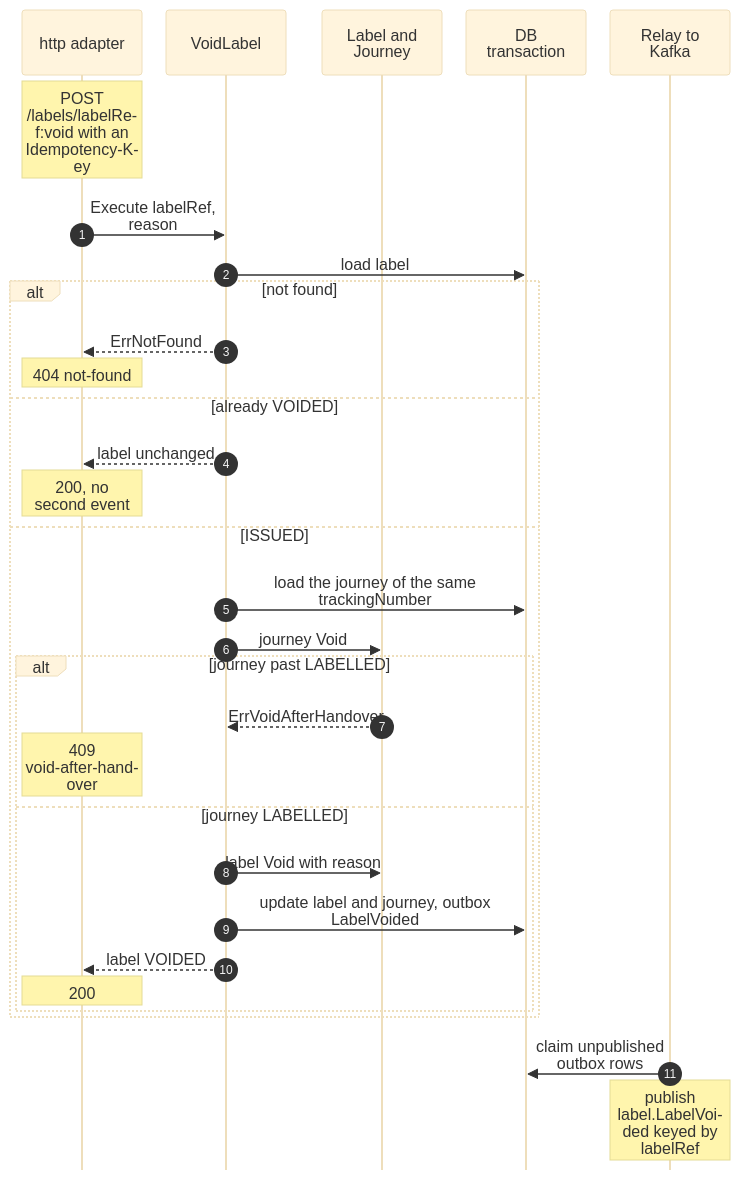
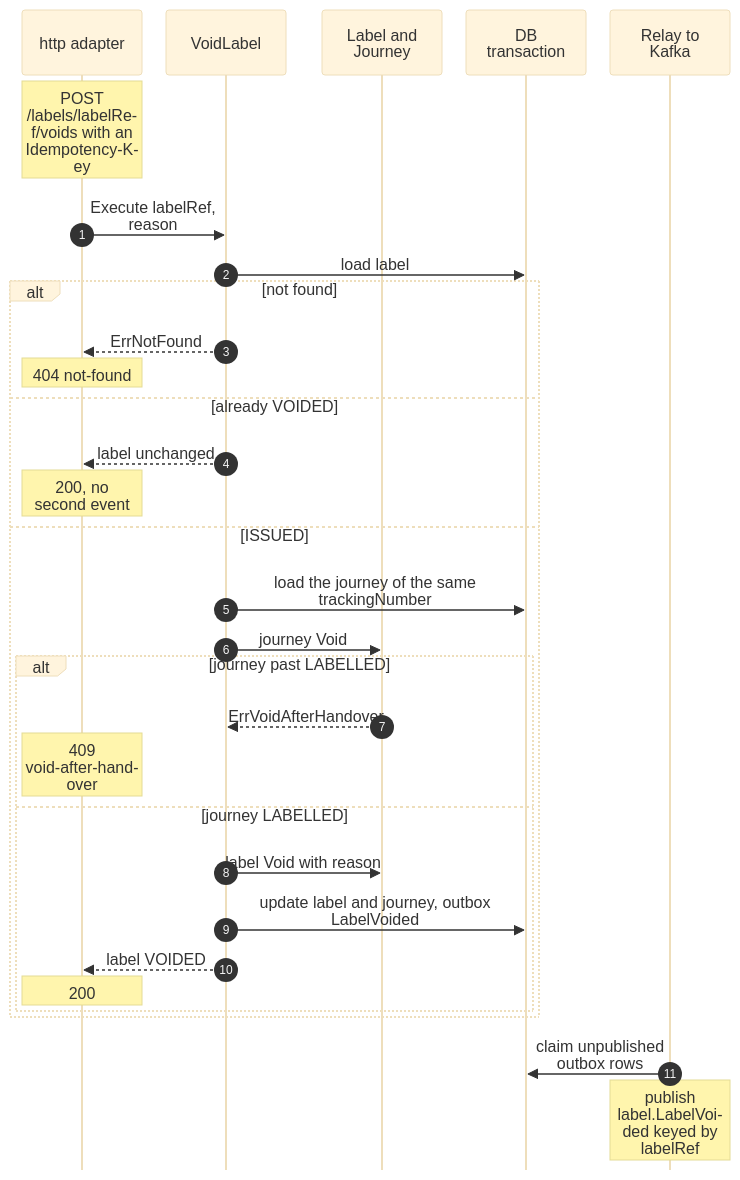
The second of 6 diagrams in docs/docs/ddd/sequence-diagrams.md (IQVO/shipping-and-tracking), drawn with Mermaid (base theme) before and after one commit. The commit also changed 23 other files, not shown here.

Commit message:
docs: ADR 0010 fleet REST guideline, noun void route, 409 key reuse, regenerated REST reference

````diff
--- a/docs/docs/ddd/sequence-diagrams.md
+++ b/docs/docs/ddd/sequence-diagrams.md
@@ -68,34 +68,34 @@
 ```mermaid
 %%{init: {"sequence": {"wrap": true, "width": 120, "actorMargin": 24, "messageMargin": 28, "boxMargin": 6, "noteMargin": 6, "mirrorActors": false}}}%%
 sequenceDiagram
     autonumber
     participant H as http adapter
     participant UC as VoidLabel
     participant A as Label and Journey
     participant DB as DB transaction
     participant RL as Relay to Kafka
-    Note over H: POST /labels/labelRef:void with an Idempotency-Key
+    Note over H: POST /labels/labelRef/voids with an Idempotency-Key
     H->>UC: Execute labelRef, reason
     UC->>DB: load label
     alt not found
         UC-->>H: ErrNotFound
         Note over H: 404 not-found
     else already VOIDED
         UC-->>H: label unchanged
         Note over H: 200, no second event
     else ISSUED
         UC->>DB: load the journey of the same trackingNumber
         UC->>A: journey Void
         alt journey past LABELLED
             A-->>UC: ErrVoidAfterHandover
             Note over H: 409 void-after-handover
         else journey LABELLED
             UC->>A: label Void with reason
             UC->>DB: update label and journey, outbox LabelVoided
             UC-->>H: label VOIDED
             Note over H: 200
         end
     end
     RL->>DB: claim unpublished outbox rows
     Note over RL: publish label.LabelVoided keyed by labelRef
 ```
````
